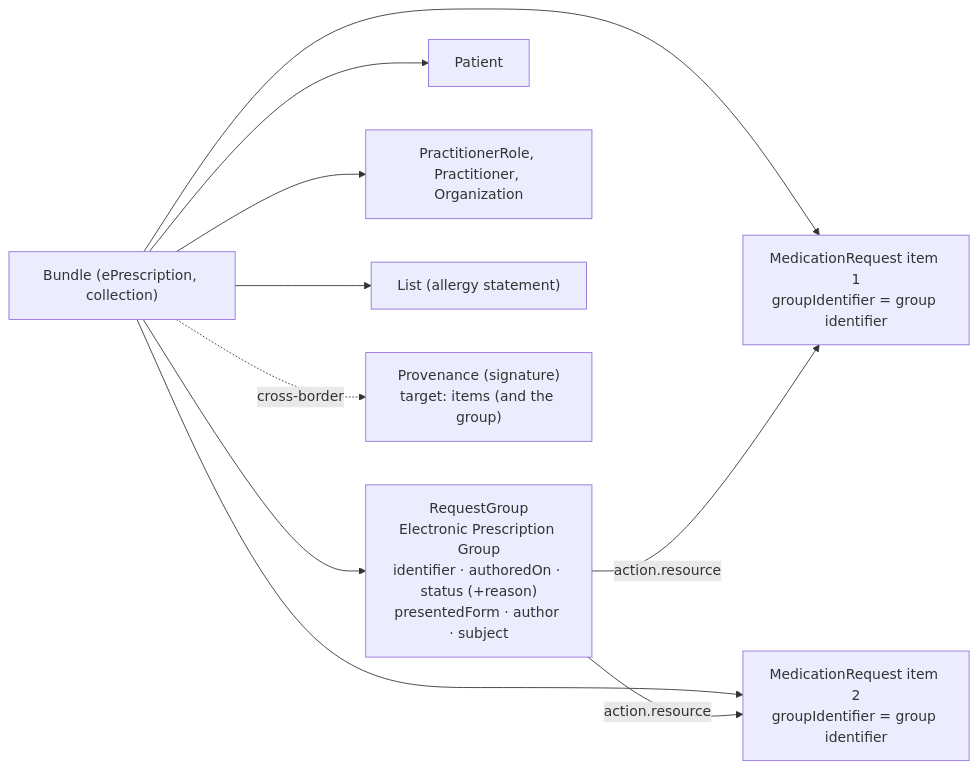
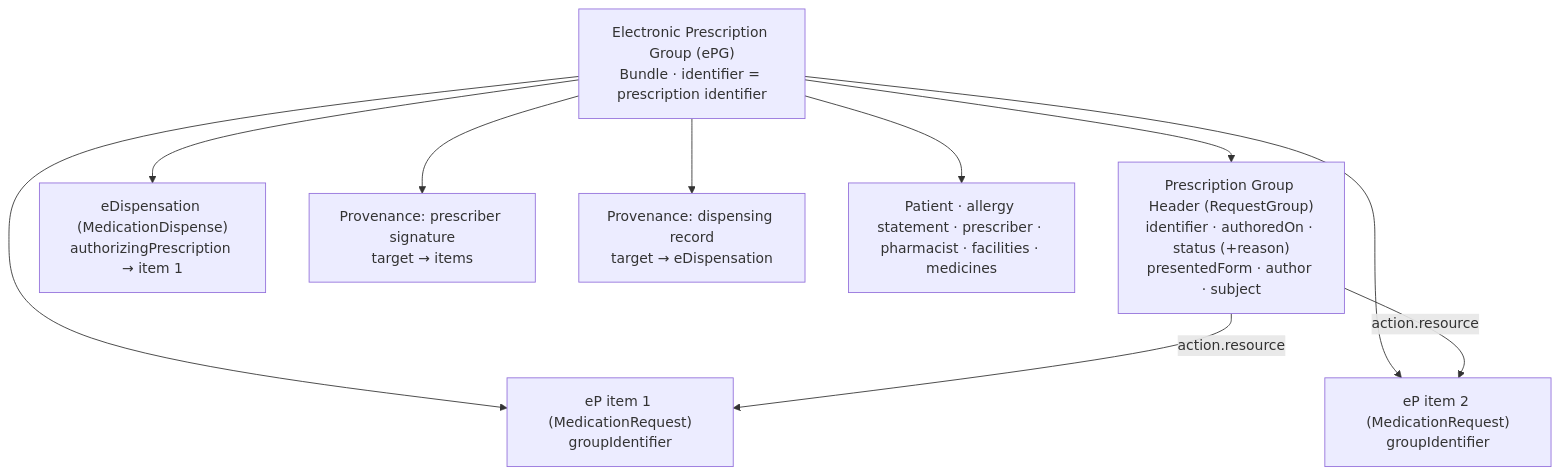
One commit to hl7-ie/medication-events changed the diagram in input/pagecontent/electronic-prescription-group.md. Above: the diagram before and after it, drawn with Mermaid. The commit also changed other lines of this file and 22 other files, not shown here.

````diff
--- a/input/pagecontent/electronic-prescription-group.md
+++ b/input/pagecontent/electronic-prescription-group.md
@@ -30,12 +46,13 @@
 ```mermaid
-flowchart LR
-    B["Bundle (ePrescription, collection)"] --> G["RequestGroup<br/>Electronic Prescription Group<br/>identifier · authoredOn · status (+reason)<br/>presentedForm · author · subject"]
-    B --> I1["MedicationRequest item 1<br/>groupIdentifier = group identifier"]
-    B --> I2["MedicationRequest item 2<br/>groupIdentifier = group identifier"]
-    G -- "action.resource" --> I1
-    G -- "action.resource" --> I2
-    B --> P["Patient"]
-    B --> R["PractitionerRole, Practitioner, Organization"]
-    B --> L["List (allergy statement)"]
-    B -. "cross-border" .-> S["Provenance (signature)<br/>target: items (and the group)"]
+flowchart TB
+    EPG["Electronic Prescription Group (ePG)<br/>Bundle · identifier = prescription identifier"]
+    EPG --> H["Prescription Group Header (RequestGroup)<br/>identifier · authoredOn · status (+reason)<br/>presentedForm · author · subject"]
+    EPG --> I1["eP item 1 (MedicationRequest)<br/>groupIdentifier"]
+    EPG --> I2["eP item 2 (MedicationRequest)<br/>groupIdentifier"]
+    EPG --> D1["eDispensation (MedicationDispense)<br/>authorizingPrescription → item 1"]
+    EPG --> PS["Provenance: prescriber signature<br/>target → items"]
+    EPG --> PD["Provenance: dispensing record<br/>target → eDispensation"]
+    EPG --> O["Patient · allergy statement · prescriber · pharmacist · facilities · medicines"]
+    H -- "action.resource" --> I1
+    H -- "action.resource" --> I2
 ```
````
